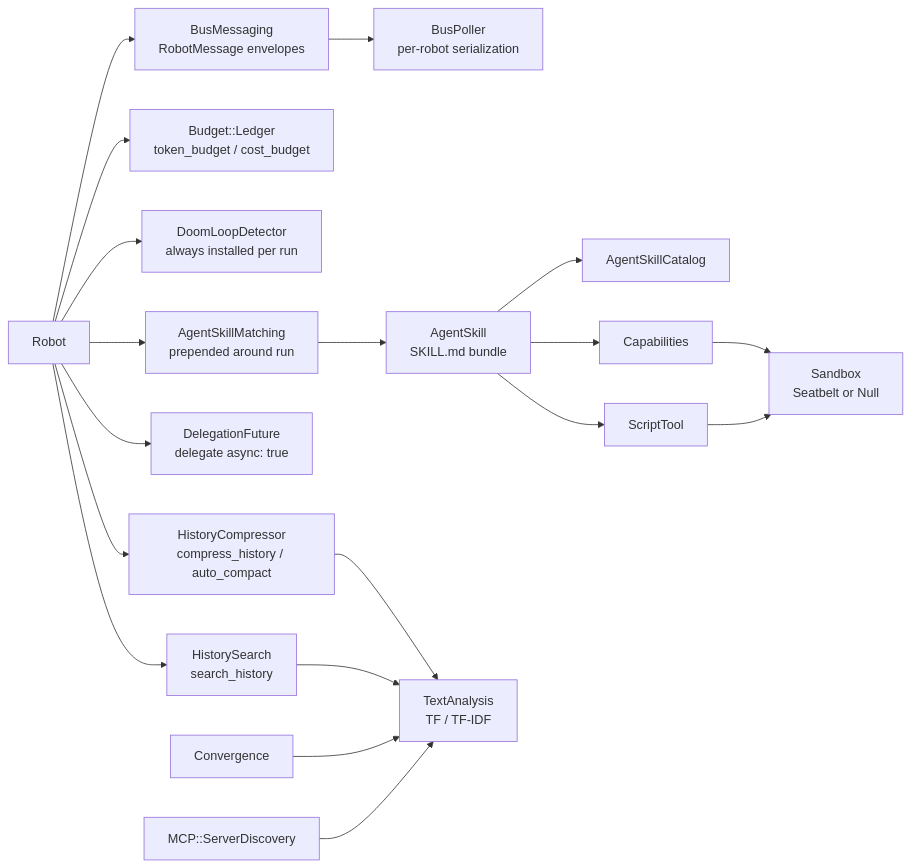
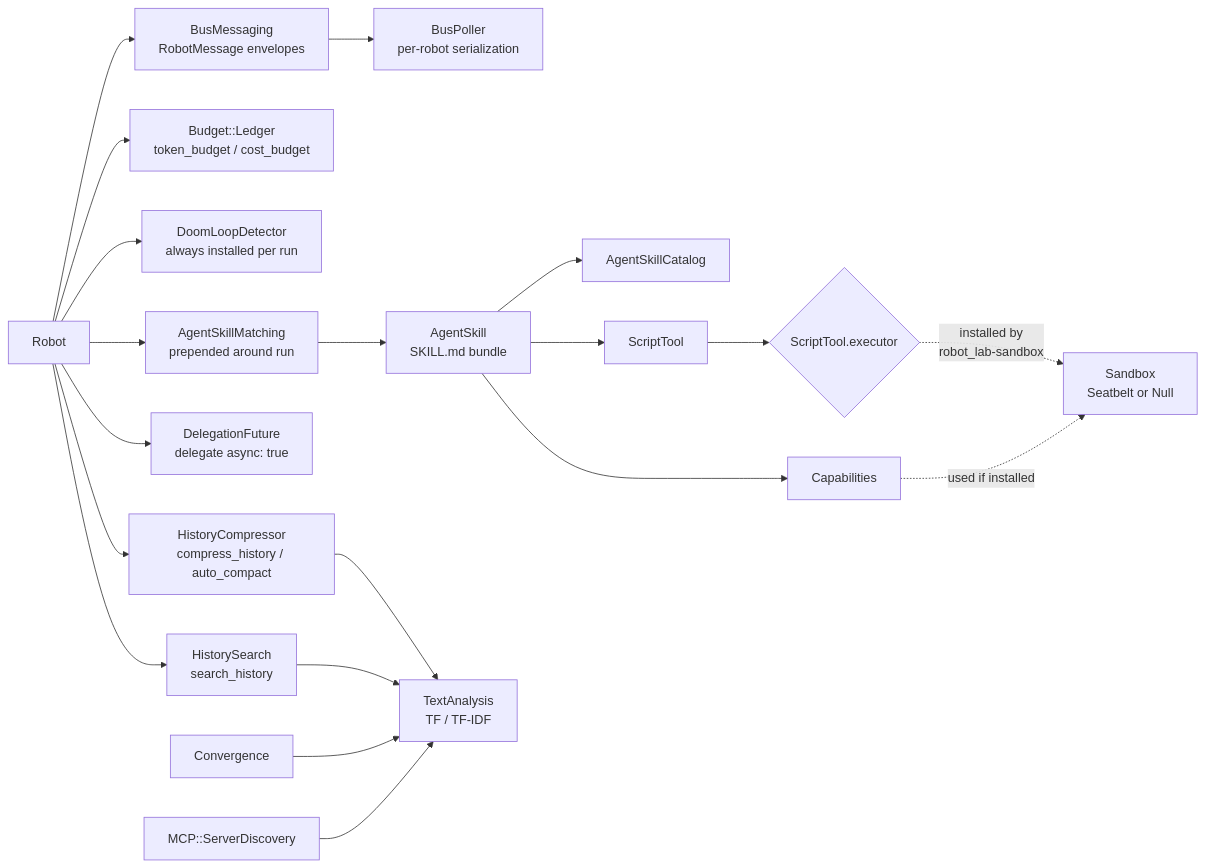
The second of 2 diagrams in docs/architecture/index.md (MadBomber/robot_lab), drawn with Mermaid before and after one commit. The commit also changed other lines of this file and 16 other files, not shown here.

````diff
--- a/docs/architecture/index.md
+++ b/docs/architecture/index.md
@@ -124,25 +124,26 @@
 ```mermaid
 graph LR
     D[Robot]
 
     D --> BM[BusMessaging<br/>RobotMessage envelopes]
     BM --> BP[BusPoller<br/>per-robot serialization]
     D --> BD[Budget::Ledger<br/>token_budget / cost_budget]
     D --> DL[DoomLoopDetector<br/>always installed per run]
     D --> HC[HistoryCompressor<br/>compress_history / auto_compact]
     D --> DF[DelegationFuture<br/>delegate async: true]
     D --> HS[HistorySearch<br/>search_history]
     D --> ASM[AgentSkillMatching<br/>prepended around run]
 
     ASM --> AS[AgentSkill<br/>SKILL.md bundle]
     AS --> CAT[AgentSkillCatalog]
     AS --> CAP[Capabilities]
     AS --> ST[ScriptTool]
-    CAP --> SB[Sandbox<br/>Seatbelt or Null]
-    ST --> SB
+    ST --> EX{ScriptTool.executor}
+    EX -. "installed by<br/>robot_lab-sandbox" .-> SB[Sandbox<br/>Seatbelt or Null]
+    CAP -. "used if installed" .-> SB
 
     HC --> TA[TextAnalysis<br/>TF / TF-IDF]
     HS --> TA
     CV[Convergence] --> TA
     SD[MCP::ServerDiscovery] --> TA
 ```
````
